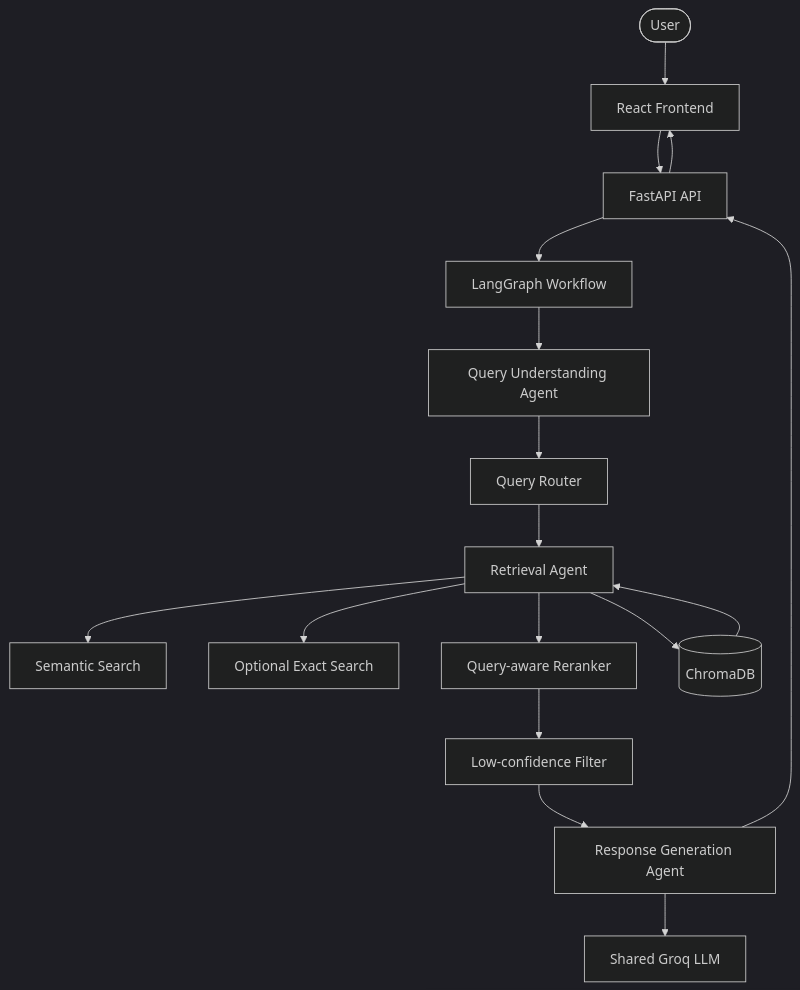
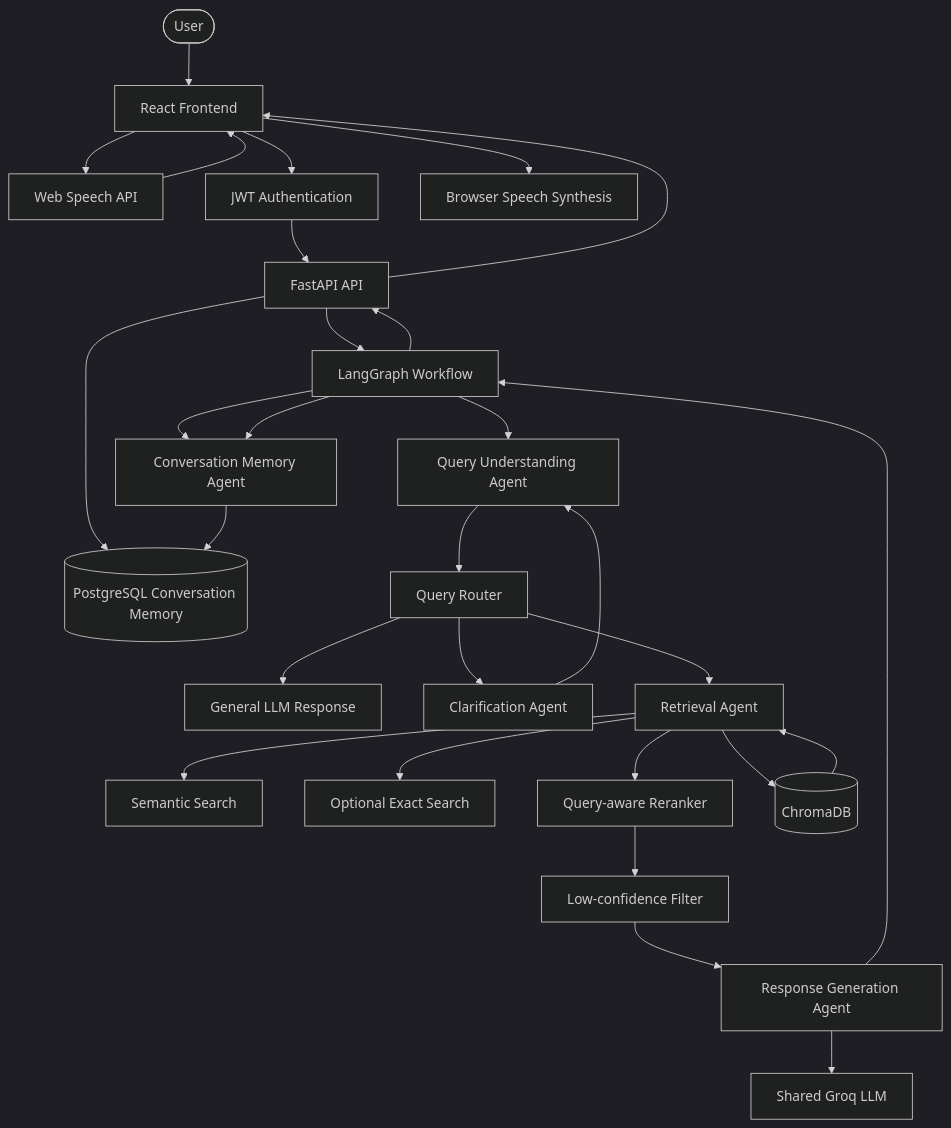
Before and after one commit to SakshiBetgeri/Development-of-AI-Based-Knowledge-Retrieval-Platform-with-Query-Resolution-System: the first of 8 diagrams in PROJECT_GUIDE.md, drawn with Mermaid (dark theme). The commit also changed other lines of this file and 126 other files, not shown here.

````diff
--- a/PROJECT_GUIDE.md
+++ b/PROJECT_GUIDE.md
@@ -240,19 +452,31 @@
 ```mermaid
 graph TD
     U([User]) --> FE[React Frontend]
-    FE --> API[FastAPI API]
+    FE --> STT[Web Speech API]
+    STT --> FE
+    FE --> AUTH[JWT Authentication]
+    AUTH --> API[FastAPI API]
+    API --> DB[(PostgreSQL Conversation Memory)]
     API --> WF[LangGraph Workflow]
-    WF --> QU[Query Understanding Agent]
-    QU --> RT[Query Router]
+    WF --> MEM[Conversation Memory Agent]
+    MEM --> DB
+    WF --> QUA[Query Understanding Agent]
+    QUA --> RT[Query Router]
+    RT --> GEN[General LLM Response]
+    RT --> CL[Clarification Agent]
+    CL --> QUA
     RT --> RA[Retrieval Agent]
     RA --> SS[Semantic Search]
     RA --> ES[Optional Exact Search]
     RA --> RR[Query-aware Reranker]
     RR --> LF[Low-confidence Filter]
     LF --> RG[Response Generation Agent]
     RG --> LLM[Shared Groq LLM]
     RA --> VDB[(ChromaDB)]
     VDB --> RA
-    RG --> API
+    RG --> WF
+    WF --> MEM
+    WF --> API
     API --> FE
+    FE --> TTS[Browser Speech Synthesis]
 ```
````
